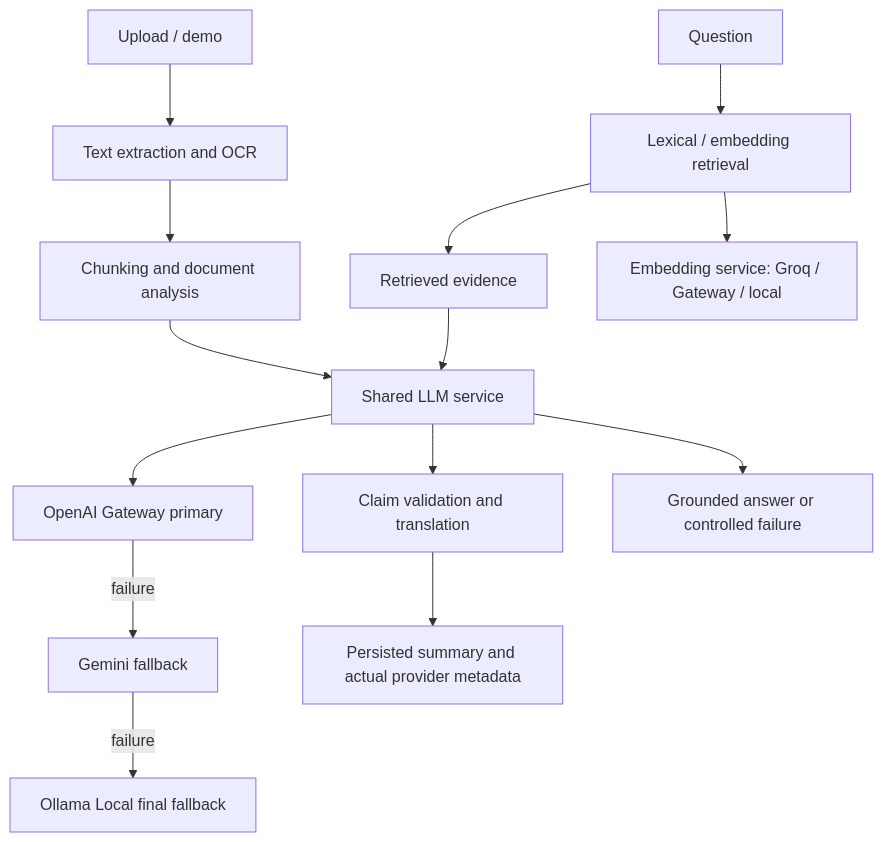
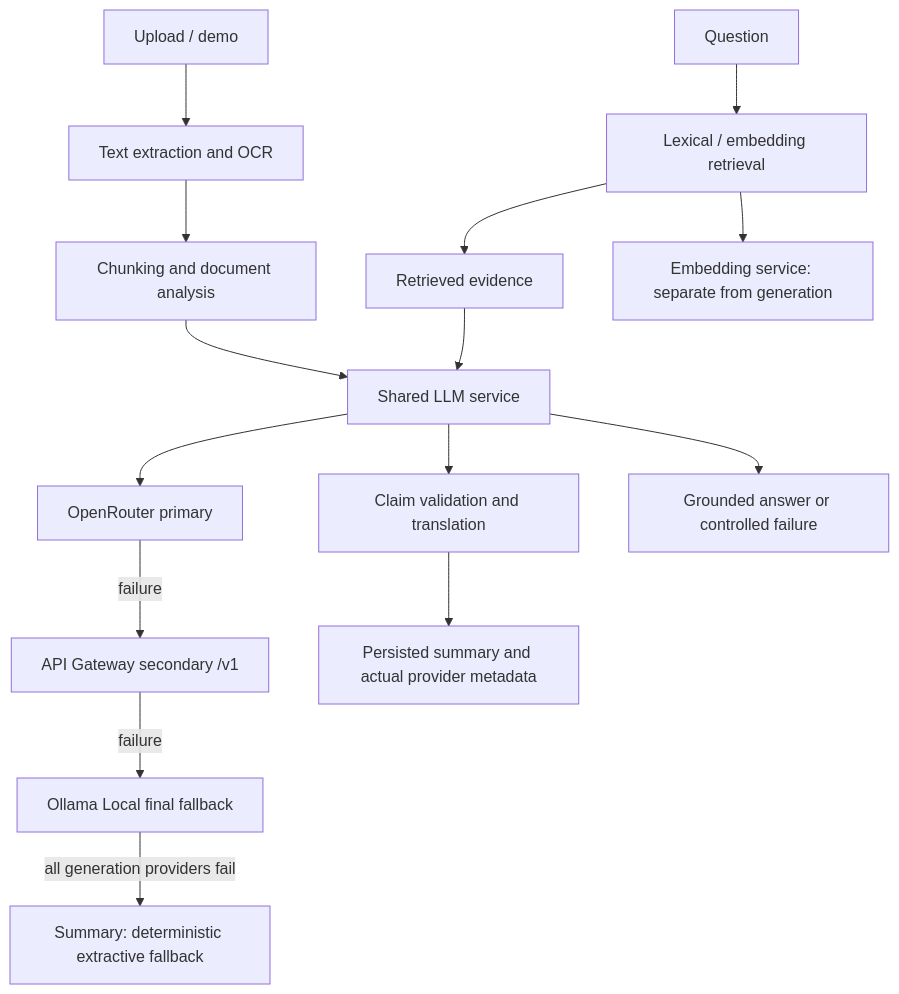
One commit to Gnanasai1234/ScribeBackup changed the diagram in files-pasted-by-the-user-master2/architecture/architecture.md. Above: the diagram before and after it, drawn with Mermaid. The commit also changed other lines of this file and 29 other files, not shown here.

````diff
--- a/files-pasted-by-the-user-master2/architecture/architecture.md
+++ b/files-pasted-by-the-user-master2/architecture/architecture.md
@@ -3,16 +3,17 @@
 ```mermaid
 flowchart TD
   U[Upload / demo] --> X[Text extraction and OCR]
   X --> C[Chunking and document analysis]
   C --> G[Shared LLM service]
-  G --> O[OpenAI Gateway primary]
-  O -->|failure| M[Gemini fallback]
-  M -->|failure| L[Ollama Local final fallback]
+  G --> O[OpenRouter primary]
+  O -->|failure| A[API Gateway secondary /v1]
+  A -->|failure| L[Ollama Local final fallback]
   G --> V[Claim validation and translation]
   V --> S[Persisted summary and actual provider metadata]
   Q[Question] --> R[Lexical / embedding retrieval]
   R --> E[Retrieved evidence]
   E --> G
-  G --> A[Grounded answer or controlled failure]
-  R --> H[Embedding service: Groq / Gateway / local]
+  G --> Z[Grounded answer or controlled failure]
+  R --> H[Embedding service: separate from generation]
+  L -->|all generation providers fail| D[Summary: deterministic extractive fallback]
 ```
````
